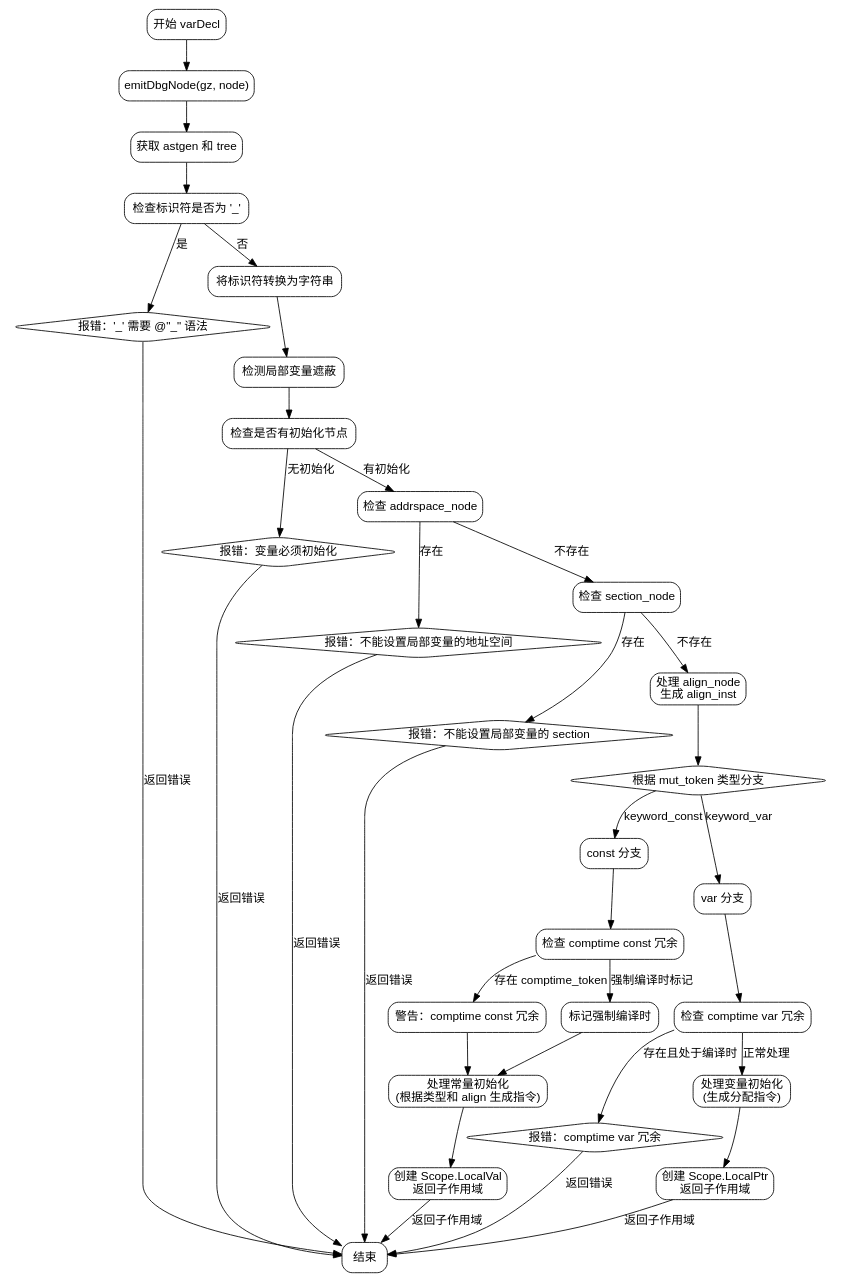
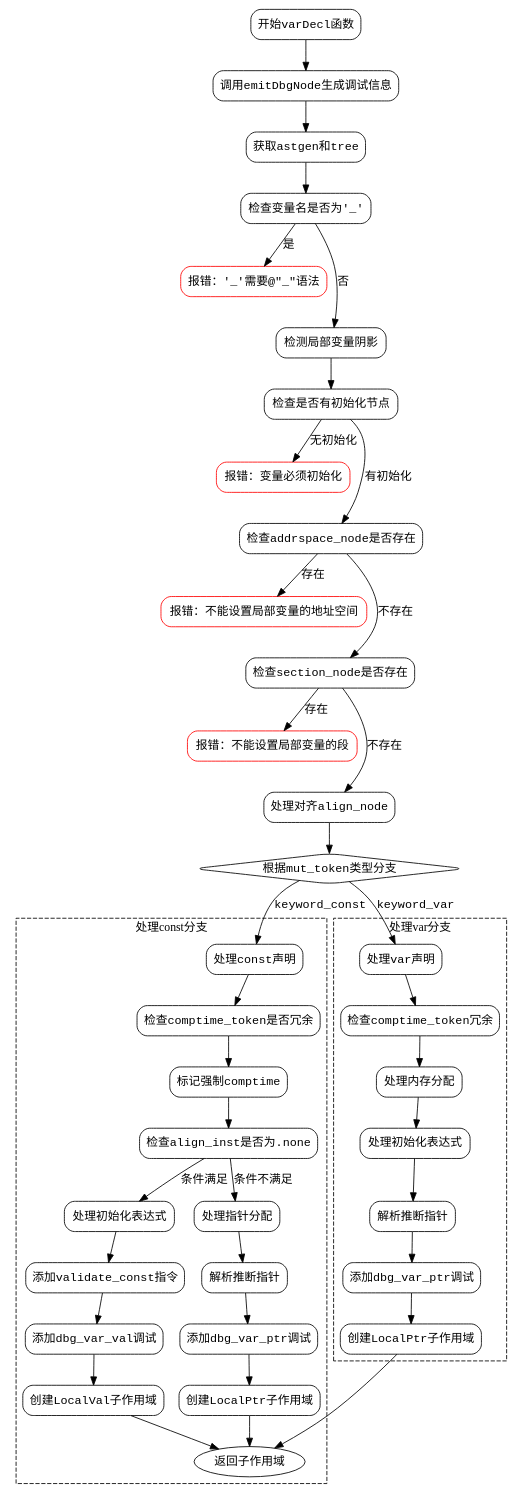
The diagram in dot_std/zig/AstGen.zig.varDecl.md (sdzx-1/deepseek-zig-reader), drawn with Graphviz before and after one commit. The commit also changed other lines of this file and 236 other files, not shown here.

````diff
--- a/dot_std/zig/AstGen.zig.varDecl.md
+++ b/dot_std/zig/AstGen.zig.varDecl.md
@@ -27,86 +35,99 @@
 ```dot
 digraph flowchart {
-    node [shape=rectangle, style="rounded", fontname="Arial"];
-    edge [fontname="Arial"];
+    node [shape=rectangle, style="rounded", fontname="Courier"];
+    edge [fontname="Courier"];
 
-    start [label="开始 varDecl"];
-    emitDbg [label="emitDbgNode(gz, node)"];
-    getAstgenTree [label="获取 astgen 和 tree"];
-    checkUnderscore [label="检查标识符是否为 '_'"];
-    errorUnderscore [label="报错：'_' 需要 @\"_\" 语法", shape=diamond];
-    identAsString [label="将标识符转换为字符串"];
-    detectShadowing [label="检测局部变量遮蔽"];
-    checkInitNode [label="检查是否有初始化节点"];
-    errorNoInit [label="报错：变量必须初始化", shape=diamond];
-    checkAddrspace [label="检查 addrspace_node"];
-    errorAddrspace [label="报错：不能设置局部变量的地址空间", shape=diamond];
-    checkSection [label="检查 section_node"];
-    errorSection [label="报错：不能设置局部变量的 section", shape=diamond];
-    processAlign [label="处理 align_node\n生成 align_inst"];
-    switchMutToken [label="根据 mut_token 类型分支", shape=diamond];
+    start [label="开始varDecl函数"];
+    emit_dbg [label="调用emitDbgNode生成调试信息"];
+    get_astgen_tree [label="获取astgen和tree"];
+    check_underscore [label="检查变量名是否为'_'"];
+    error_underscore [label="报错：'_'需要@\"_\"语法", shape=box, color=red];
+    detect_shadow [label="检测局部变量阴影"];
+    check_init_node [label="检查是否有初始化节点"];
+    error_no_init [label="报错：变量必须初始化", shape=box, color=red];
+    check_addrspace [label="检查addrspace_node是否存在"];
+    error_addrspace [label="报错：不能设置局部变量的地址空间", shape=box, color=red];
+    check_section [label="检查section_node是否存在"];
+    error_section [label="报错：不能设置局部变量的段", shape=box, color=red];
+    handle_align [label="处理对齐align_node"];
+    switch_mut_token [label="根据mut_token类型分支", shape=diamond];
+    handle_const [label="处理const声明"];
+    handle_var [label="处理var声明"];
+    return_scope [label="返回子作用域"];
 
-    constBranch [label="const 分支"];
-    checkComptimeConst [label="检查 comptime const 冗余"];
-    warnComptimeConst [label="警告：comptime const 冗余"];
-    forceComptime [label="标记强制编译时"];
-    handleConstInit [label="处理常量初始化\n(根据类型和 align 生成指令)"];
-    createLocalValScope [label="创建 Scope.LocalVal\n返回子作用域"];
+    start -> emit_dbg;
+    emit_dbg -> get_astgen_tree;
+    get_astgen_tree -> check_underscore;
 
-    varBranch [label="var 分支"];
-    checkComptimeVar [label="检查 comptime var 冗余"];
-    errorComptimeVar [label="报错：comptime var 冗余", shape=diamond];
-    handleVarInit [label="处理变量初始化\n(生成分配指令)"];
-    createLocalPtrScope [label="创建 Scope.LocalPtr\n返回子作用域"];
+    check_underscore -> error_underscore [label="是"];
+    check_underscore -> detect_shadow [label="否"];
+    error_underscore -> detect_shadow [style=invis];
 
-    // 节点连接
-    start -> emitDbg;
-    emitDbg -> getAstgenTree;
-    getAstgenTree -> checkUnderscore;
-    
-    checkUnderscore -> errorUnderscore [label="是"];
-    checkUnderscore -> identAsString [label="否"];
-    
-    identAsString -> detectShadowing;
-    detectShadowing -> checkInitNode;
-    
-    checkInitNode -> errorNoInit [label="无初始化"];
-    checkInitNode -> checkAddrspace [label="有初始化"];
-    
-    checkAddrspace -> errorAddrspace [label="存在"];
-    checkAddrspace -> checkSection [label="不存在"];
-    
-    checkSection -> errorSection [label="存在"];
-    checkSection -> processAlign [label="不存在"];
-    
-    processAlign -> switchMutToken;
-    
-    switchMutToken -> constBranch [label="keyword_const"];
-    switchMutToken -> varBranch [label="keyword_var"];
-    
-    // const 分支
-    constBranch -> checkComptimeConst;
-    checkComptimeConst -> warnComptimeConst [label="存在 comptime_token"];
-    checkComptimeConst -> forceComptime [label="强制编译时标记"];
-    forceComptime -> handleConstInit;
-    handleConstInit -> createLocalValScope;
-    
-    // var 分支
-    varBranch -> checkComptimeVar;
-    checkComptimeVar -> errorComptimeVar [label="存在且处于编译时"];
-    checkComptimeVar -> handleVarInit [label="正常处理"];
-    handleVarInit -> createLocalPtrScope;
-    
-    // 错误处理返回路径
-    errorUnderscore -> end [label="返回错误"];
-    errorNoInit -> end [label="返回错误"];
-    errorAddrspace -> end [label="返回错误"];
-    errorSection -> end [label="返回错误"];
-    warnComptimeConst -> handleConstInit;
-    errorComptimeVar -> end [label="返回错误"];
-    
-    createLocalValScope -> end [label="返回子作用域"];
-    createLocalPtrScope -> end [label="返回子作用域"];
-    
-    end [label="结束"];
+    detect_shadow -> check_init_node;
+    check_init_node -> error_no_init [label="无初始化"];
+    check_init_node -> check_addrspace [label="有初始化"];
+    error_no_init -> check_addrspace [style=invis];
+
+    check_addrspace -> error_addrspace [label="存在"];
+    check_addrspace -> check_section [label="不存在"];
+    error_addrspace -> check_section [style=invis];
+
+    check_section -> error_section [label="存在"];
+    check_section -> handle_align [label="不存在"];
+    error_section -> handle_align [style=invis];
+
+    handle_align -> switch_mut_token;
+
+    switch_mut_token -> handle_const [label="keyword_const"];
+    switch_mut_token -> handle_var [label="keyword_var"];
+
+    subgraph cluster_const {
+        label="处理const分支";
+        style=dashed;
+        const_check_comptime [label="检查comptime_token是否冗余"];
+        const_force_comptime [label="标记强制comptime"];
+        const_check_align [label="检查align_inst是否为.none"];
+        const_handle_init [label="处理初始化表达式"];
+        const_add_validate [label="添加validate_const指令"];
+        const_add_dbg_val [label="添加dbg_var_val调试"];
+        const_create_scope_val [label="创建LocalVal子作用域"];
+        const_handle_ptr [label="处理指针分配"];
+        const_resolve_inferred [label="解析推断指针"];
+        const_add_dbg_ptr [label="添加dbg_var_ptr调试"];
+        const_create_scope_ptr [label="创建LocalPtr子作用域"];
+
+        handle_const -> const_check_comptime;
+        const_check_comptime -> const_force_comptime;
+        const_force_comptime -> const_check_align;
+        const_check_align -> const_handle_init [label="条件满足"];
+        const_handle_init -> const_add_validate;
+        const_add_validate -> const_add_dbg_val;
+        const_add_dbg_val -> const_create_scope_val -> return_scope;
+
+        const_check_align -> const_handle_ptr [label="条件不满足"];
+        const_handle_ptr -> const_resolve_inferred;
+        const_resolve_inferred -> const_add_dbg_ptr;
+        const_add_dbg_ptr -> const_create_scope_ptr -> return_scope;
+    }
+
+    subgraph cluster_var {
+        label="处理var分支";
+        style=dashed;
+        var_check_comptime [label="检查comptime_token冗余"];
+        var_handle_alloc [label="处理内存分配"];
+        var_handle_init [label="处理初始化表达式"];
+        var_resolve_inferred [label="解析推断指针"];
+        var_add_dbg_ptr [label="添加dbg_var_ptr调试"];
+        var_create_scope_ptr [label="创建LocalPtr子作用域"];
+
+        handle_var -> var_check_comptime;
+        var_check_comptime -> var_handle_alloc;
+        var_handle_alloc -> var_handle_init;
+        var_handle_init -> var_resolve_inferred;
+        var_resolve_inferred -> var_add_dbg_ptr;
+        var_add_dbg_ptr -> var_create_scope_ptr -> return_scope;
+    }
+
+    return_scope [shape=ellipse];
 }
 ```
````
